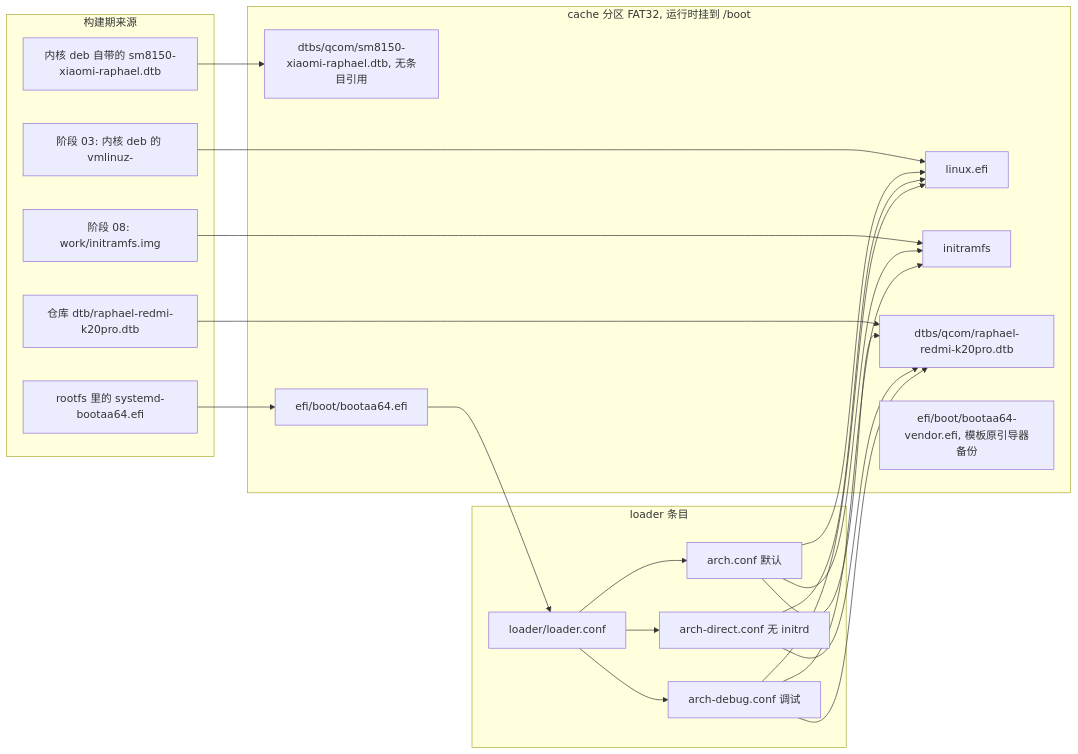
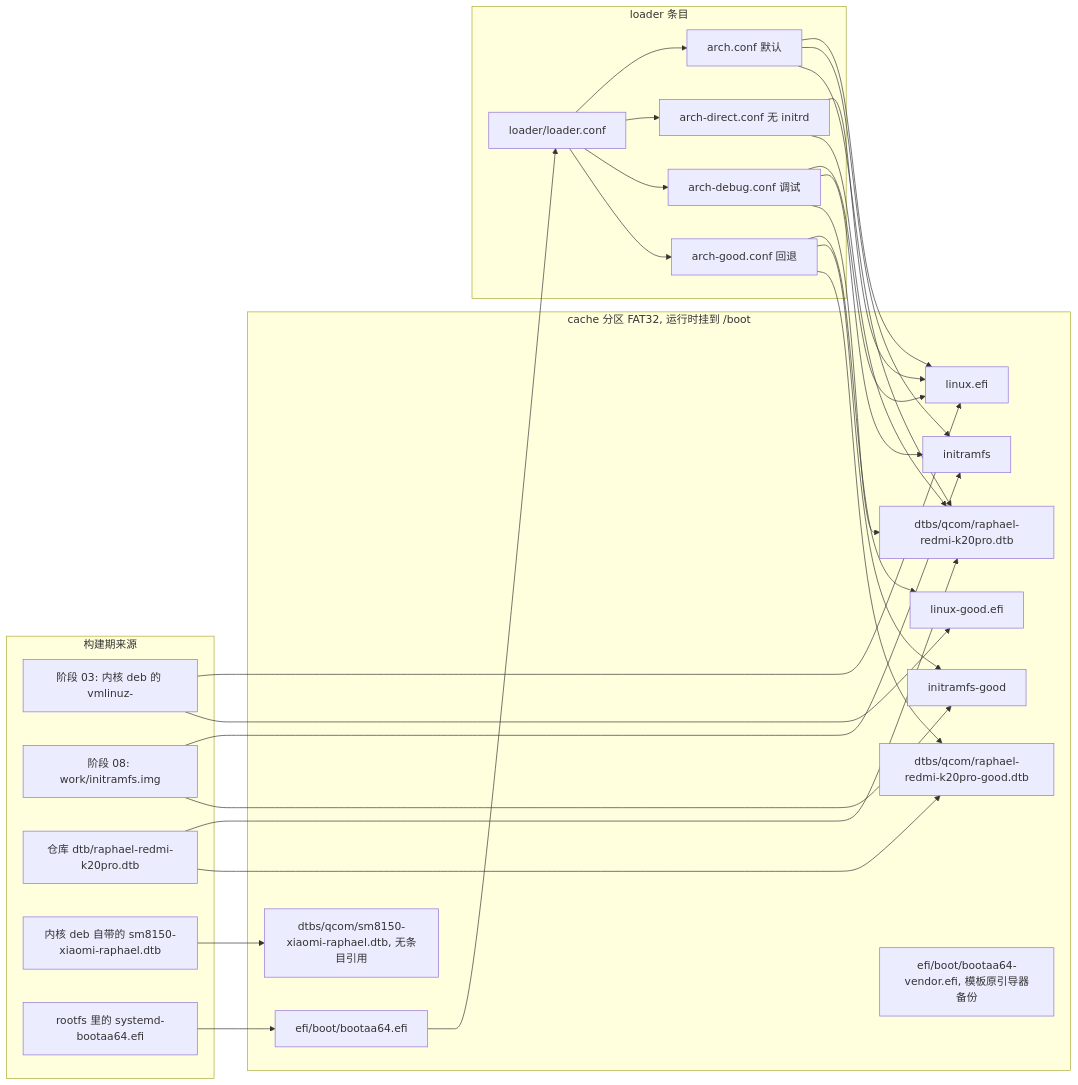
Before and after one commit to Winter21c/archlinux-xiaomi-raphael: the second of 3 diagrams in openwiki/architecture/boot-chain-and-image-layout.md, drawn with Mermaid. The commit also changed other lines of this file and 12 other files, not shown here.

````diff
--- a/openwiki/architecture/boot-chain-and-image-layout.md
+++ b/openwiki/architecture/boot-chain-and-image-layout.md
@@ -87,41 +95,52 @@
 ```mermaid
 flowchart LR
   subgraph SRC["构建期来源"]
     K03["阶段 03: 内核 deb 的 vmlinuz-"]
     I08["阶段 08: work/initramfs.img"]
     RDTB["仓库 dtb/raphael-redmi-k20pro.dtb"]
     KDTB["内核 deb 自带的 sm8150-xiaomi-raphael.dtb"]
     SBEFI["rootfs 里的 systemd-bootaa64.efi"]
   end
   subgraph FAT["cache 分区 FAT32, 运行时挂到 /boot"]
     LF["linux.efi"]
+    LGF["linux-good.efi"]
     IF["initramfs"]
+    IGF["initramfs-good"]
     D1["dtbs/qcom/raphael-redmi-k20pro.dtb"]
+    DG["dtbs/qcom/raphael-redmi-k20pro-good.dtb"]
     D2["dtbs/qcom/sm8150-xiaomi-raphael.dtb, 无条目引用"]
     SB["efi/boot/bootaa64.efi"]
     VB["efi/boot/bootaa64-vendor.efi, 模板原引导器备份"]
   end
   K03 --> LF
+  K03 --> LGF
   I08 --> IF
+  I08 --> IGF
   RDTB --> D1
+  RDTB --> DG
   KDTB --> D2
   SBEFI --> SB
   subgraph ENT["loader 条目"]
     LC["loader/loader.conf"]
     E1["arch.conf 默认"]
     E2["arch-direct.conf 无 initrd"]
     E3["arch-debug.conf 调试"]
+    E4["arch-good.conf 回退"]
   end
   SB --> LC
   LC --> E1
   LC --> E2
   LC --> E3
+  LC --> E4
   E1 --> LF
   E1 --> IF
   E1 --> D1
   E2 --> LF
   E2 --> D1
   E3 --> LF
   E3 --> IF
   E3 --> D1
+  E4 --> LGF
+  E4 --> IGF
+  E4 --> DG
 ```
````
